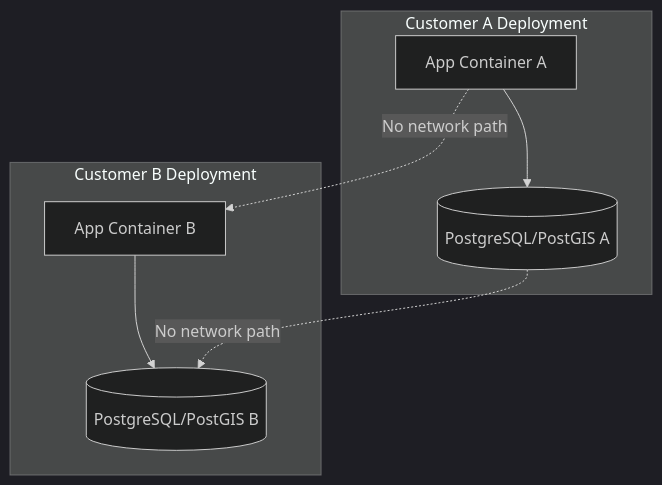
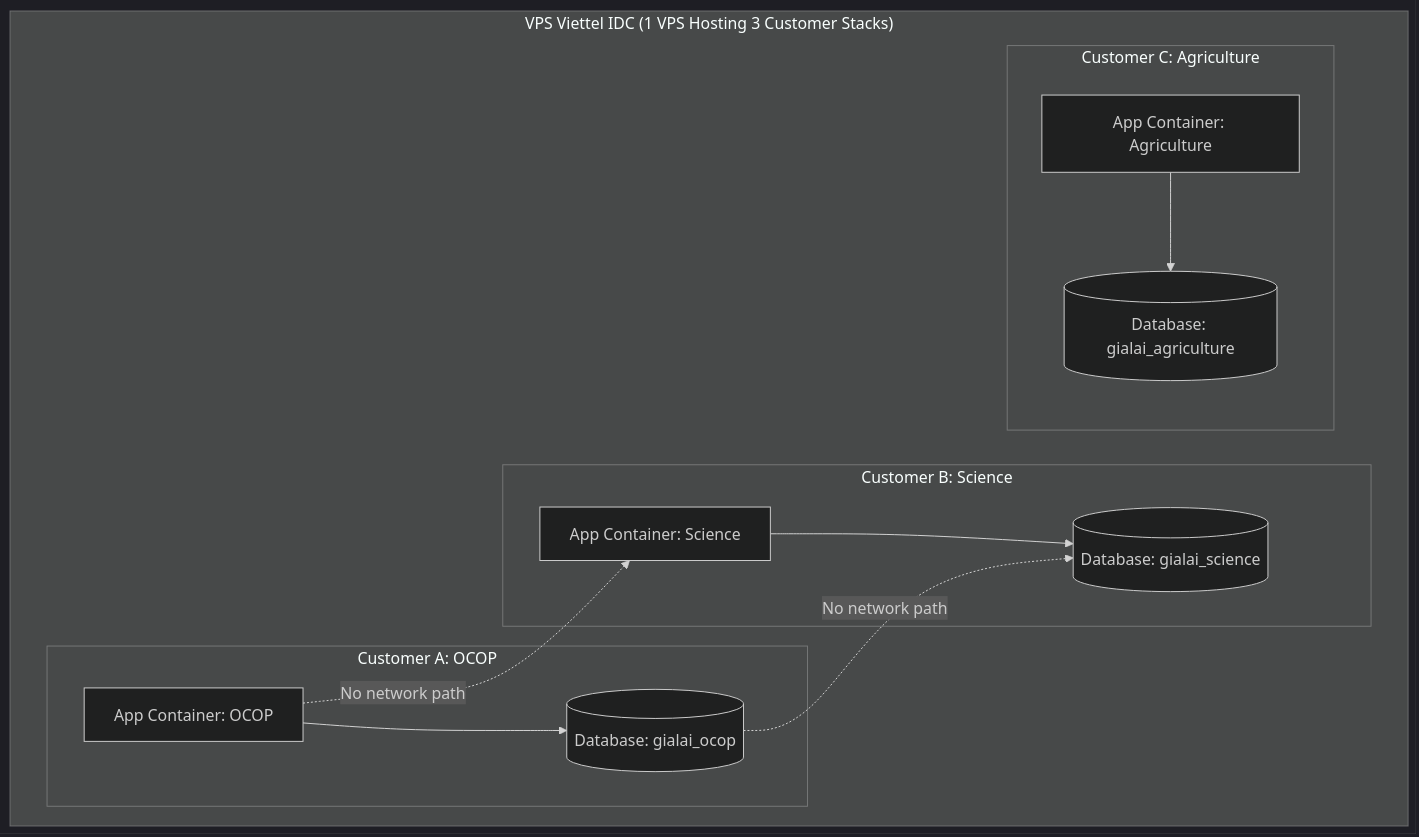
One commit to GMIOS25/WEB-GIS-TEMPLATE changed the third of 3 diagrams in docs/en/ARCHITECTURE SPECIFICATION.md. Above: the diagram before and after it, drawn with Mermaid (dark theme). The commit also changed other lines of this file and 10 other files, not shown here.

Commit message:
docs: initialize project documentation and architectural specifications

````diff
--- a/docs/en/ARCHITECTURE SPECIFICATION.md
+++ b/docs/en/ARCHITECTURE SPECIFICATION.md
@@ -312,17 +314,25 @@
 ```mermaid
 graph TD
-    subgraph CustomerA [Customer A Deployment]
-        AppA[App Container A]
-        DbA[(PostgreSQL/PostGIS A)]
-        AppA --> DbA
-    end
+    subgraph "VPS Viettel IDC (1 VPS Hosting 3 Customer Stacks)"
+        subgraph CustomerA [Customer A: OCOP]
+            AppA[App Container: OCOP]
+            DbA[(Database: gialai_ocop)]
+            AppA --> DbA
+        end
 
-    subgraph CustomerB [Customer B Deployment]
-        AppB[App Container B]
-        DbB[(PostgreSQL/PostGIS B)]
-        AppB --> DbB
+        subgraph CustomerB [Customer B: Science]
+            AppB[App Container: Science]
+            DbB[(Database: gialai_science)]
+            AppB --> DbB
+        end
+
+        subgraph CustomerC [Customer C: Agriculture]
+            AppC[App Container: Agriculture]
+            DbC[(Database: gialai_agriculture)]
+            AppC --> DbC
+        end
     end
 
     AppA -.->|No network path| AppB
     DbA -.->|No network path| DbB
 ```
````
